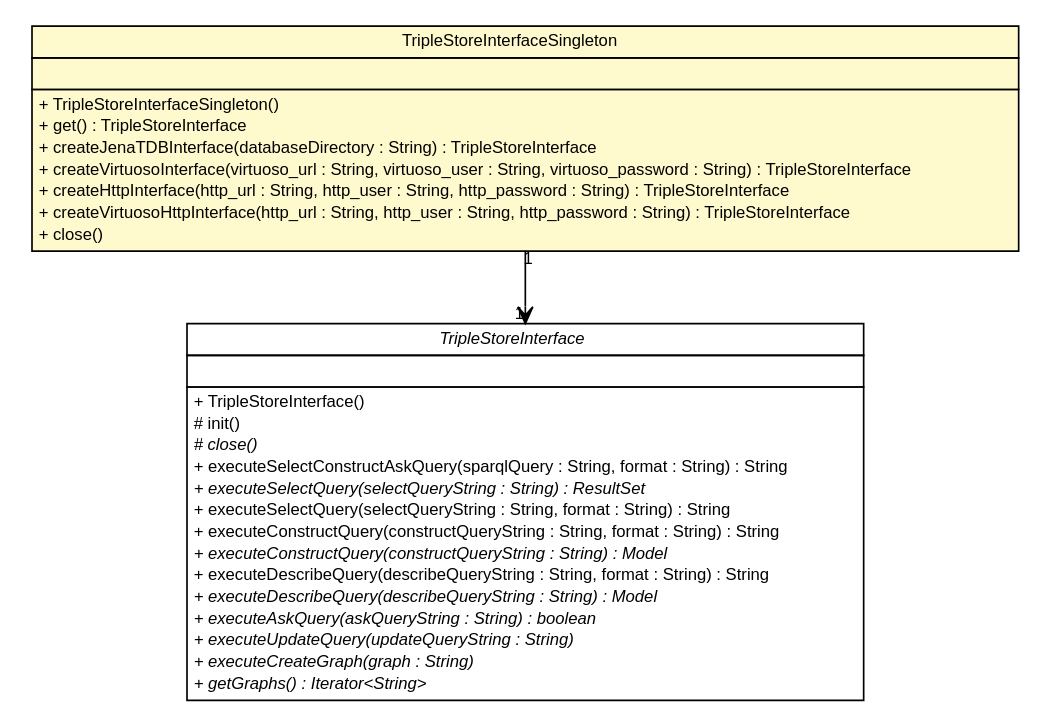
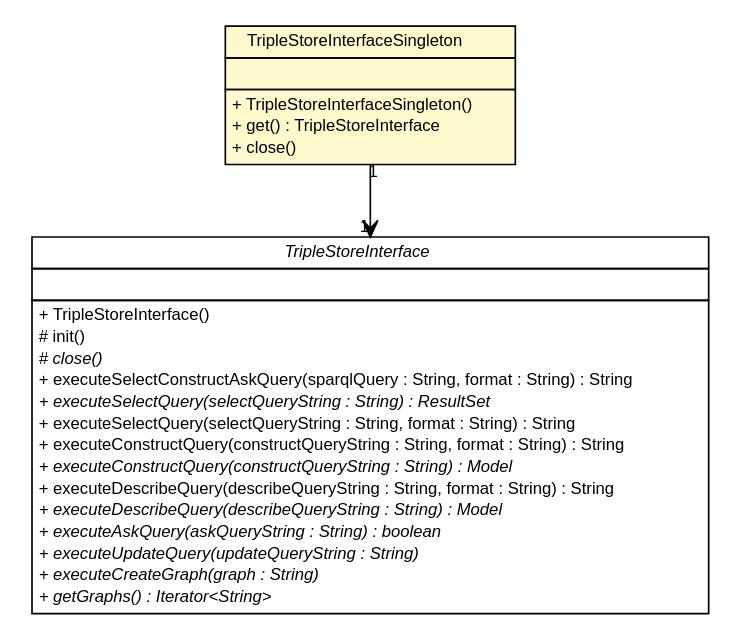
One commit to adrianorzyszek/r43ples changed the diagram in site/apidocs/de/tud/plt/r43ples/triplestoreInterface/TripleStoreInterfaceSingleton.dot. Above: the diagram before and after it, drawn with Graphviz. The commit also changed 333 other files, not shown here.

```diff
--- a/site/apidocs/de/tud/plt/r43ples/triplestoreInterface/TripleStoreInterfaceSingleton.dot
+++ b/site/apidocs/de/tud/plt/r43ples/triplestoreInterface/TripleStoreInterfaceSingleton.dot
@@ -1,57 +1,53 @@
 #!/usr/local/bin/dot
 #
 # Class diagram 
 # Generated by UMLGraph version R5_6-24-gf6e263 (http://www.umlgraph.org/)
 #
 
 digraph G {
 	edge [fontname="Helvetica",fontsize=10,labelfontname="Helvetica",labelfontsize=10];
 	node [fontname="Helvetica",fontsize=10,shape=plaintext];
 	nodesep=0.25;
 	ranksep=0.5;
 	// de.tud.plt.r43ples.triplestoreInterface.TripleStoreInterface
-	c1984 [label=<<table title="de.tud.plt.r43ples.triplestoreInterface.TripleStoreInterface" border="0" cellborder="1" cellspacing="0" cellpadding="2" port="p" href="./TripleStoreInterface.html">
+	c1946 [label=<<table title="de.tud.plt.r43ples.triplestoreInterface.TripleStoreInterface" border="0" cellborder="1" cellspacing="0" cellpadding="2" port="p" href="./TripleStoreInterface.html">
 		<tr><td><table border="0" cellspacing="0" cellpadding="1">
 <tr><td align="center" balign="center"><font face="Helvetica-Oblique"> TripleStoreInterface </font></td></tr>
 		</table></td></tr>
 		<tr><td><table border="0" cellspacing="0" cellpadding="1">
 <tr><td align="left" balign="left">  </td></tr>
 		</table></td></tr>
 		<tr><td><table border="0" cellspacing="0" cellpadding="1">
 <tr><td align="left" balign="left"> + TripleStoreInterface() </td></tr>
 <tr><td align="left" balign="left"> # init() </td></tr>
 <tr><td align="left" balign="left"><font face="Helvetica-Oblique" point-size="10.0"> # close() </font></td></tr>
 <tr><td align="left" balign="left"> + executeSelectConstructAskQuery(sparqlQuery : String, format : String) : String </td></tr>
 <tr><td align="left" balign="left"><font face="Helvetica-Oblique" point-size="10.0"> + executeSelectQuery(selectQueryString : String) : ResultSet </font></td></tr>
 <tr><td align="left" balign="left"> + executeSelectQuery(selectQueryString : String, format : String) : String </td></tr>
 <tr><td align="left" balign="left"> + executeConstructQuery(constructQueryString : String, format : String) : String </td></tr>
 <tr><td align="left" balign="left"><font face="Helvetica-Oblique" point-size="10.0"> + executeConstructQuery(constructQueryString : String) : Model </font></td></tr>
 <tr><td align="left" balign="left"> + executeDescribeQuery(describeQueryString : String, format : String) : String </td></tr>
 <tr><td align="left" balign="left"><font face="Helvetica-Oblique" point-size="10.0"> + executeDescribeQuery(describeQueryString : String) : Model </font></td></tr>
 <tr><td align="left" balign="left"><font face="Helvetica-Oblique" point-size="10.0"> + executeAskQuery(askQueryString : String) : boolean </font></td></tr>
 <tr><td align="left" balign="left"><font face="Helvetica-Oblique" point-size="10.0"> + executeUpdateQuery(updateQueryString : String) </font></td></tr>
 <tr><td align="left" balign="left"><font face="Helvetica-Oblique" point-size="10.0"> + executeCreateGraph(graph : String) </font></td></tr>
 <tr><td align="left" balign="left"><font face="Helvetica-Oblique" point-size="10.0"> + getGraphs() : Iterator&lt;String&gt; </font></td></tr>
 		</table></td></tr>
 		</table>>, URL="./TripleStoreInterface.html", fontname="Helvetica", fontcolor="black", fontsize=10.0];
 	// de.tud.plt.r43ples.triplestoreInterface.TripleStoreInterfaceSingleton
-	c1985 [label=<<table title="de.tud.plt.r43ples.triplestoreInterface.TripleStoreInterfaceSingleton" border="0" cellborder="1" cellspacing="0" cellpadding="2" port="p" bgcolor="lemonChiffon" href="./TripleStoreInterfaceSingleton.html">
+	c1948 [label=<<table title="de.tud.plt.r43ples.triplestoreInterface.TripleStoreInterfaceSingleton" border="0" cellborder="1" cellspacing="0" cellpadding="2" port="p" bgcolor="lemonChiffon" href="./TripleStoreInterfaceSingleton.html">
 		<tr><td><table border="0" cellspacing="0" cellpadding="1">
 <tr><td align="center" balign="center"> TripleStoreInterfaceSingleton </td></tr>
 		</table></td></tr>
 		<tr><td><table border="0" cellspacing="0" cellpadding="1">
 <tr><td align="left" balign="left">  </td></tr>
 		</table></td></tr>
 		<tr><td><table border="0" cellspacing="0" cellpadding="1">
 <tr><td align="left" balign="left"> + TripleStoreInterfaceSingleton() </td></tr>
 <tr><td align="left" balign="left"> + get() : TripleStoreInterface </td></tr>
-<tr><td align="left" balign="left"> + createJenaTDBInterface(databaseDirectory : String) : TripleStoreInterface </td></tr>
-<tr><td align="left" balign="left"> + createVirtuosoInterface(virtuoso_url : String, virtuoso_user : String, virtuoso_password : String) : TripleStoreInterface </td></tr>
-<tr><td align="left" balign="left"> + createHttpInterface(http_url : String, http_user : String, http_password : String) : TripleStoreInterface </td></tr>
-<tr><td align="left" balign="left"> + createVirtuosoHttpInterface(http_url : String, http_user : String, http_password : String) : TripleStoreInterface </td></tr>
 <tr><td align="left" balign="left"> + close() </td></tr>
 		</table></td></tr>
 		</table>>, URL="./TripleStoreInterfaceSingleton.html", fontname="Helvetica", fontcolor="black", fontsize=10.0];
 	// de.tud.plt.r43ples.triplestoreInterface.TripleStoreInterfaceSingleton NAVASSOC de.tud.plt.r43ples.triplestoreInterface.TripleStoreInterface
-	c1985:p -> c1984:p [taillabel="1", label="", headlabel="1", fontname="Helvetica", fontcolor="black", fontsize=10.0, color="black", arrowhead=open];
+	c1948:p -> c1946:p [taillabel="1", label="", headlabel="1", fontname="Helvetica", fontcolor="black", fontsize=10.0, color="black", arrowhead=open];
 }
```
